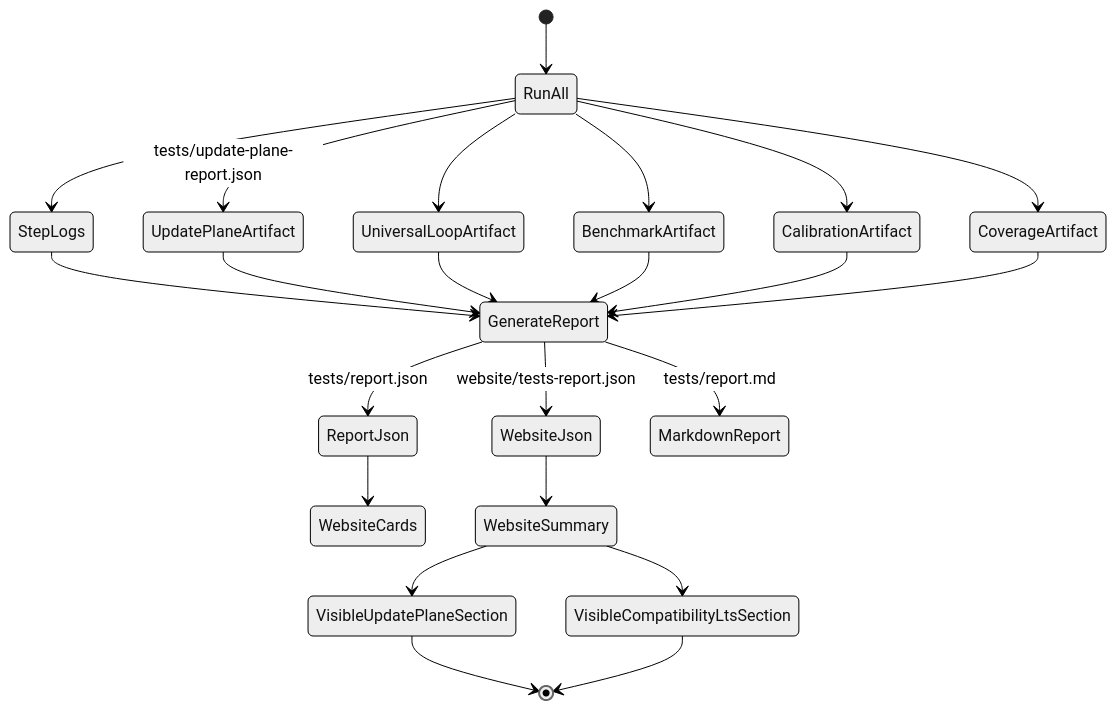
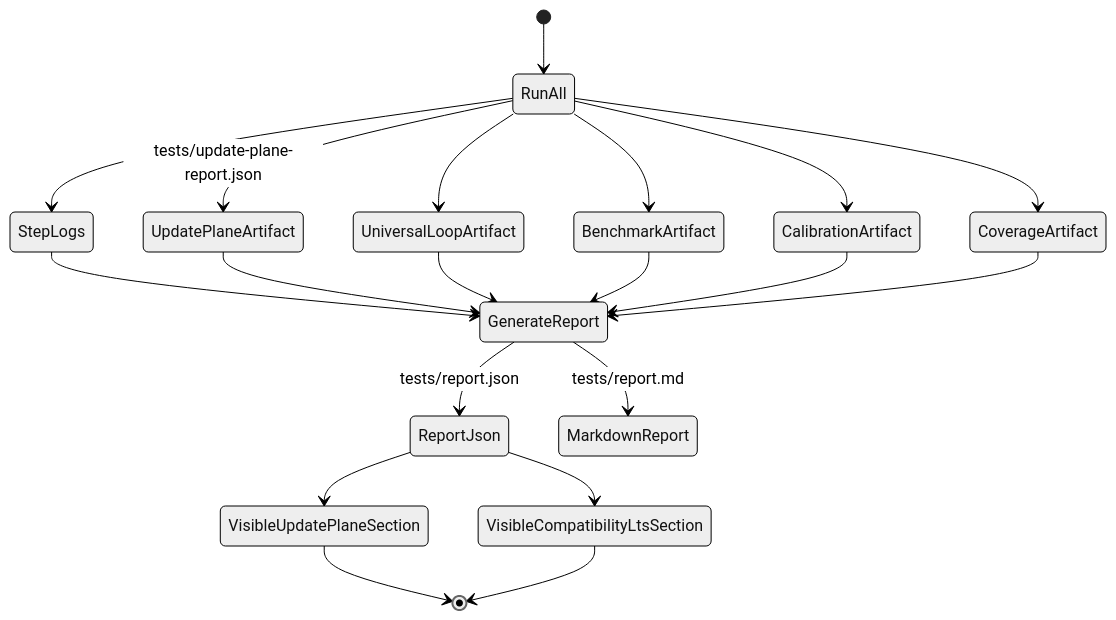
Diagram 17 of 17 in docs/STATE_MACHINES.md (memoryOSScom/memoryOSS), drawn with Mermaid (neutral theme) before and after one commit. The commit also changed other lines of this file and 25 other files, not shown here.

````diff
--- a/docs/STATE_MACHINES.md
+++ b/docs/STATE_MACHINES.md
@@ -670,30 +670,27 @@
 ```mermaid
 stateDiagram-v2
     [*] --> RunAll
 
     RunAll --> StepLogs
     RunAll --> UpdatePlaneArtifact: tests/update-plane-report.json
     RunAll --> UniversalLoopArtifact
     RunAll --> BenchmarkArtifact
     RunAll --> CalibrationArtifact
     RunAll --> CoverageArtifact
 
     StepLogs --> GenerateReport
     UpdatePlaneArtifact --> GenerateReport
     UniversalLoopArtifact --> GenerateReport
     BenchmarkArtifact --> GenerateReport
     CalibrationArtifact --> GenerateReport
     CoverageArtifact --> GenerateReport
 
     GenerateReport --> ReportJson: tests/report.json
-    GenerateReport --> WebsiteJson: website/tests-report.json
     GenerateReport --> MarkdownReport: tests/report.md
 
-    ReportJson --> WebsiteCards
-    WebsiteJson --> WebsiteSummary
-    WebsiteSummary --> VisibleUpdatePlaneSection
-    WebsiteSummary --> VisibleCompatibilityLtsSection
+    ReportJson --> VisibleUpdatePlaneSection
+    ReportJson --> VisibleCompatibilityLtsSection
 
     VisibleUpdatePlaneSection --> [*]
     VisibleCompatibilityLtsSection --> [*]
 ```
````
